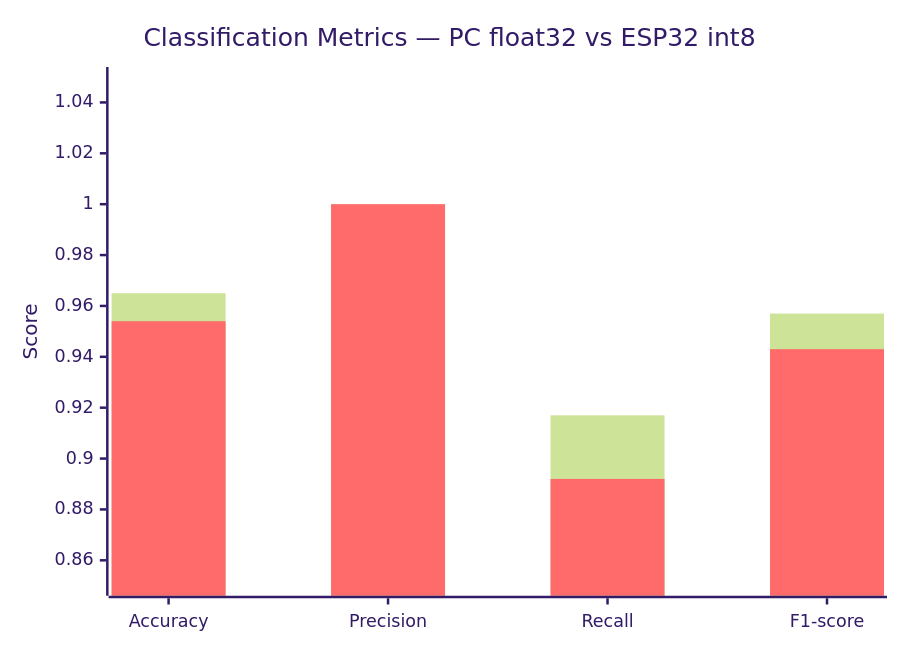
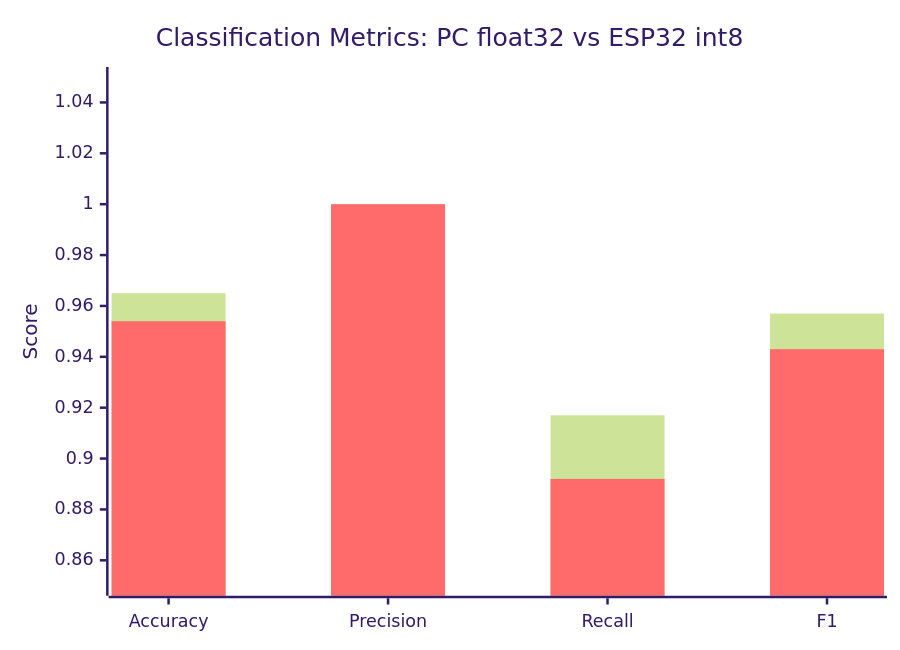
One commit to Adji-SP/RT-QTinyECG-ESP32-Rust changed the first of 11 diagrams in Product/docs/evaluation_metrics.md. Above: the diagram before and after it, drawn with Mermaid (forest theme). The commit also changed other lines of this file and 2 other files, not shown here.

````diff
--- a/Product/docs/evaluation_metrics.md
+++ b/Product/docs/evaluation_metrics.md
@@ -39,8 +39,8 @@
 ```mermaid
 xychart-beta
-    title "Classification Metrics — PC float32 vs ESP32 int8"
-    x-axis ["Accuracy", "Precision", "Recall", "F1-score"]
+    title "Classification Metrics: PC float32 vs ESP32 int8"
+    x-axis ["Accuracy", "Precision", "Recall", "F1"]
     y-axis "Score" 0.85 --> 1.05
     bar [0.965, 1.000, 0.917, 0.957]
     bar [0.954, 1.000, 0.892, 0.943]
 ```
````
